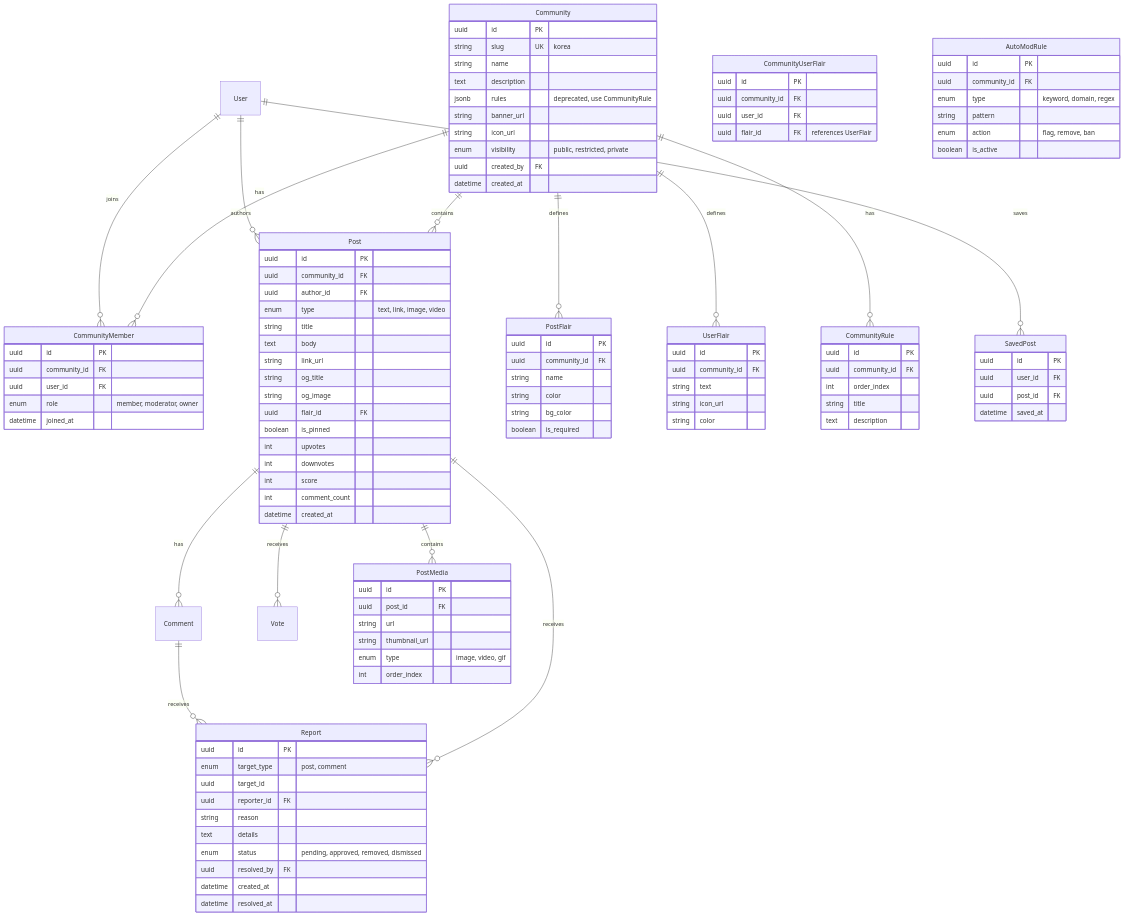
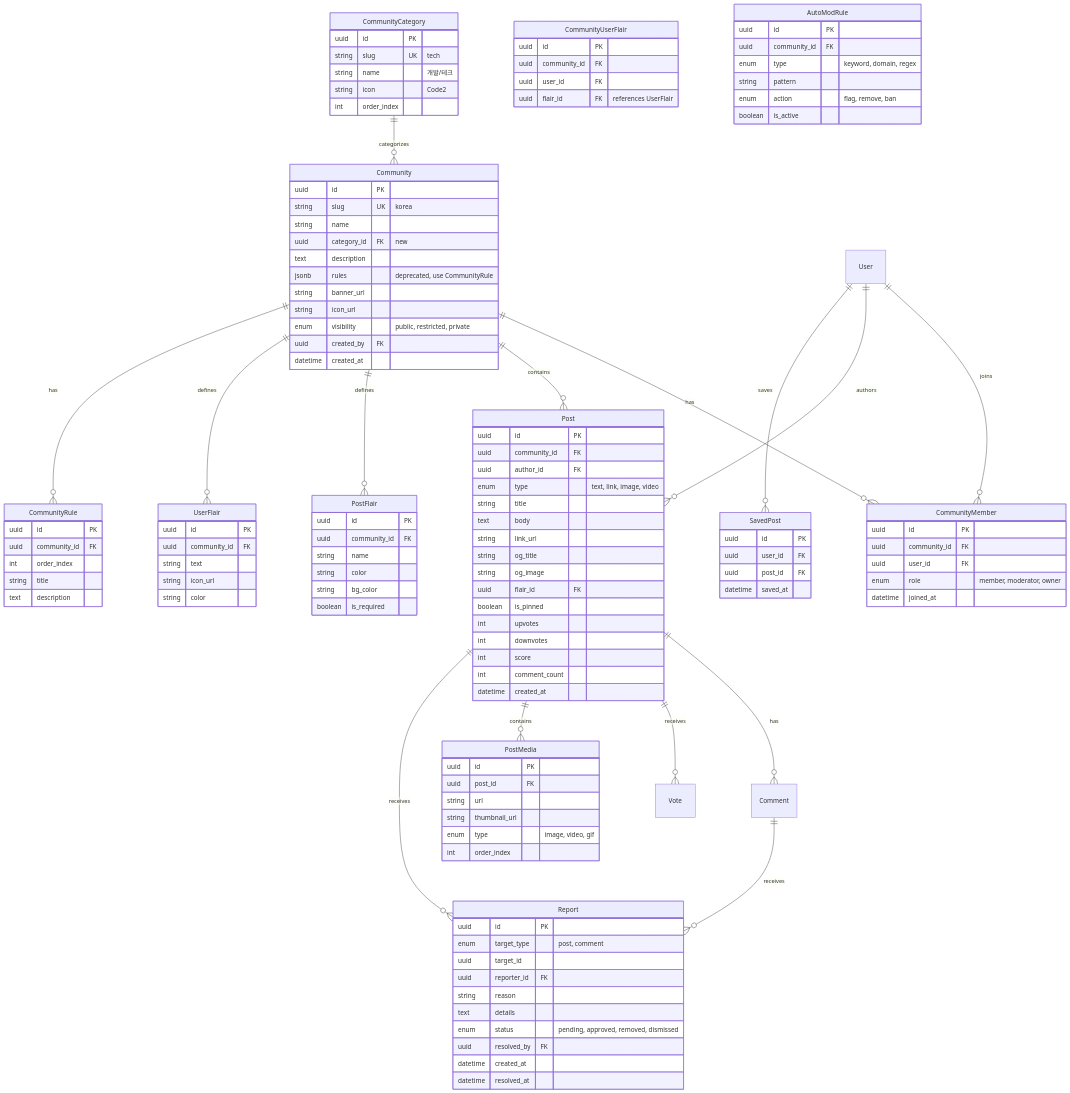
One commit to jonsoku-dev/tokyo-studio changed the diagram in specs/023-subreddit-community/spec.md. Above: the diagram before and after it, drawn with Mermaid. The commit also changed 18 other files, not shown here.

```diff
--- a/specs/023-subreddit-community/spec.md
+++ b/specs/023-subreddit-community/spec.md
@@ -161,6 +161,7 @@
     Community ||--o{ PostFlair : defines
     Community ||--o{ UserFlair : defines
     Community ||--o{ CommunityRule : has
+    CommunityCategory ||--o{ Community : categorizes
     User ||--o{ CommunityMember : joins
     User ||--o{ Post : authors
     User ||--o{ SavedPost : saves
@@ -174,6 +175,7 @@
         uuid id PK
         string slug UK "korea"
         string name
+        uuid category_id FK "new"
         text description
         jsonb rules "deprecated, use CommunityRule"
         string banner_url
@@ -182,6 +184,15 @@
         uuid created_by FK
         datetime created_at
     }
+
+    CommunityCategory {
+        uuid id PK
+        string slug UK "tech"
+        string name "개발/테크"
+        string icon "Code2"
+        int order_index
+    }
+
 
     CommunityMember {
         uuid id PK
```
